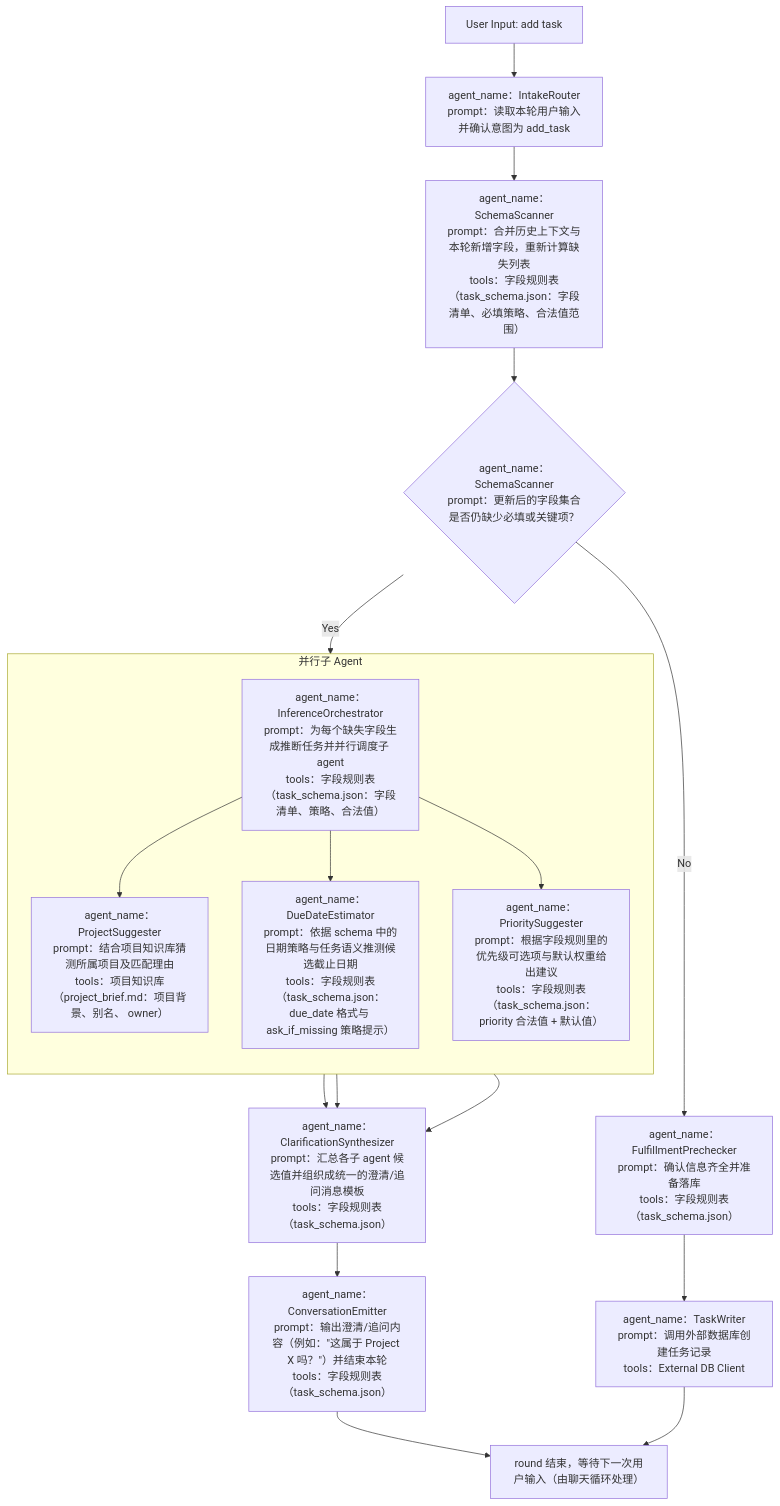
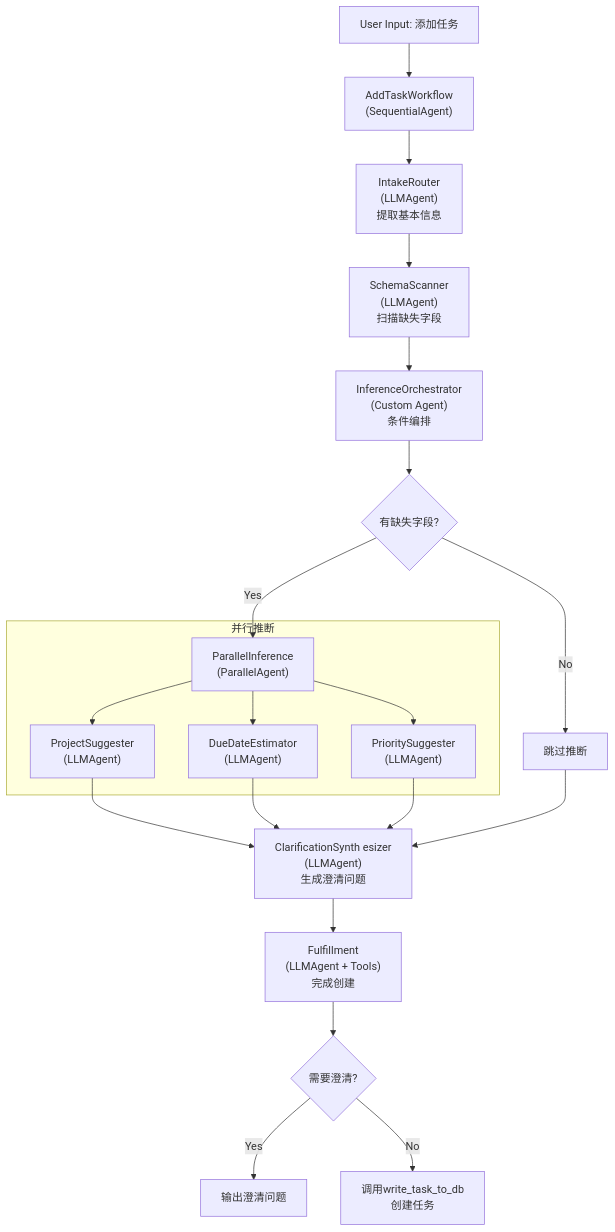
One commit to crossagent/smart_task changed the diagram in agents/workflows/add_task/architecture.md. Above: the diagram before and after it, drawn with Mermaid. The commit also changed other lines of this file and 11 other files, not shown here.

````diff
--- a/agents/workflows/add_task/architecture.md
+++ b/agents/workflows/add_task/architecture.md
@@ -1,28 +9,30 @@
 ```mermaid
 graph TD
-    A["User Input: add task"] --> B["agent_name：IntakeRouter<br>prompt：读取本轮用户输入并确认意图为 add_task"]
-
-    B --> C["agent_name：SchemaScanner<br>prompt：合并历史上下文与本轮新增字段，重新计算缺失列表<br>tools：字段规则表（task_schema.json：字段清单、必填策略、合法值范围）"]
-    C --> D{"agent_name：SchemaScanner<br>prompt：更新后的字段集合是否仍缺少必填或关键项？"}
-
-    D -->|Yes| E["agent_name：InferenceOrchestrator<br>prompt：为每个缺失字段生成推断任务并并行调度子 agent<br>tools：字段规则表（task_schema.json：字段清单、策略、合法值）"]
-
-    subgraph ParallelInference["并行子 Agent"]
-        direction TB
-        E --> P["agent_name：ProjectSuggester<br>prompt：结合项目知识库猜测所属项目及匹配理由<br>tools：项目知识库（project_brief.md：项目背景、别名、 owner）"]
-        E --> Q["agent_name：DueDateEstimator<br>prompt：依据 schema 中的日期策略与任务语义推测候选截止日期<br>tools：字段规则表（task_schema.json：due_date 格式与 ask_if_missing 策略提示）"]
-        E --> R["agent_name：PrioritySuggester<br>prompt：根据字段规则里的优先级可选项与默认权重给出建议<br>tools：字段规则表（task_schema.json：priority 合法值 + 默认值）"]
+    A["User Input: 添加任务"] --> B["AddTaskWorkflow<br/>(SequentialAgent)"]
+    
+    B --> C1["IntakeRouter<br/>(LLMAgent)<br/>提取基本信息"]
+    C1 --> C2["SchemaScanner<br/>(LLMAgent)<br/>扫描缺失字段"]
+    C2 --> C3["InferenceOrchestrator<br/>(Custom Agent)<br/>条件编排"]
+    
+    C3 --> D{有缺失字段?}
+    D -->|Yes| E["ParallelInference<br/>(ParallelAgent)"]
+    D -->|No| F["跳过推断"]
+    
+    subgraph Parallel["并行推断"]
+        E --> P1["ProjectSuggester<br/>(LLMAgent)"]
+        E --> P2["DueDateEstimator<br/>(LLMAgent)"]
+        E --> P3["PrioritySuggester<br/>(LLMAgent)"]
     end
-
-    P --> F
-    Q --> F
-    R --> F
-
-    F["agent_name：ClarificationSynthesizer<br>prompt：汇总各子 agent 候选值并组织成统一的澄清/追问消息模板<br>tools：字段规则表（task_schema.json）"]
-    F --> G["agent_name：ConversationEmitter<br>prompt：输出澄清/追问内容（例如：&quot;这属于 Project X 吗？&quot;）并结束本轮<br>tools：字段规则表（task_schema.json）"]
-    G --> L["round 结束，等待下一次用户输入（由聊天循环处理）"]
-
-    D -->|No| J["agent_name：FulfillmentPrechecker<br>prompt：确认信息齐全并准备落库<br>tools：字段规则表（task_schema.json）"]
-    J --> K["agent_name：TaskWriter<br>prompt：调用外部数据库创建任务记录<br>tools：External DB Client"]
-    K --> L
+    
+    P1 --> G
+    P2 --> G
+    P3 --> G
+    F --> G
+    
+    G["ClarificationSynth esizer<br/>(LLMAgent)<br/>生成澄清问题"]
+    G --> H["Fulfillment<br/>(LLMAgent + Tools)<br/>完成创建"]
+    
+    H --> I{需要澄清?}
+    I -->|Yes| J["输出澄清问题"]
+    I -->|No| K["调用write_task_to_db<br/>创建任务"]
 ```
````
